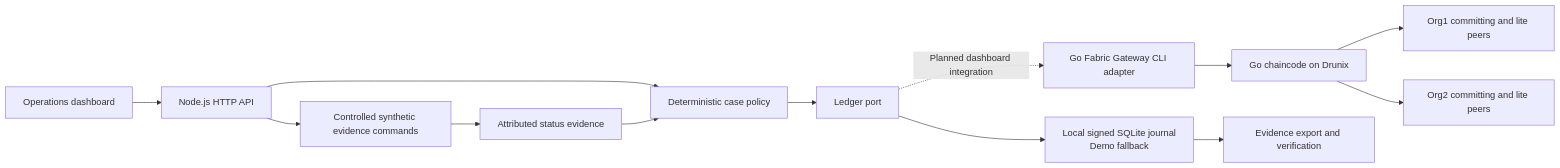
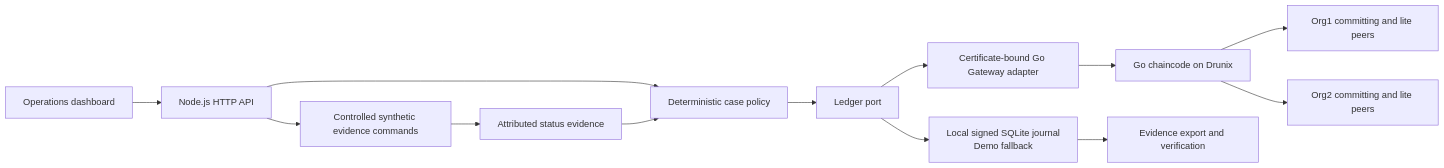
Before and after one commit to krishang-1/corridorproof: the diagram in docs/ARCHITECTURE.md, drawn with Mermaid. The commit also changed other lines of this file and 23 other files, not shown here.

````diff
--- a/docs/ARCHITECTURE.md
+++ b/docs/ARCHITECTURE.md
@@ -9,15 +9,15 @@
 ```mermaid
 flowchart LR
   UI[Operations dashboard] --> API[Node.js HTTP API]
   API --> CORE[Deterministic case policy]
   CORE --> PORT[Ledger port]
   PORT --> LOCAL[Local signed SQLite journal\nDemo fallback]
-  PORT -. Planned dashboard integration .-> GW[Go Fabric Gateway CLI adapter]
+  PORT --> GW[Certificate-bound Go Gateway adapter]
   GW --> CC[Go chaincode on Drunix]
   CC --> O1[Org1 committing and lite peers]
   CC --> O2[Org2 committing and lite peers]
   API --> WORKER[Controlled synthetic evidence commands]
   WORKER --> EVIDENCE[Attributed status evidence]
   EVIDENCE --> CORE
   LOCAL --> EXPORT[Evidence export and verification]
 ```
````
